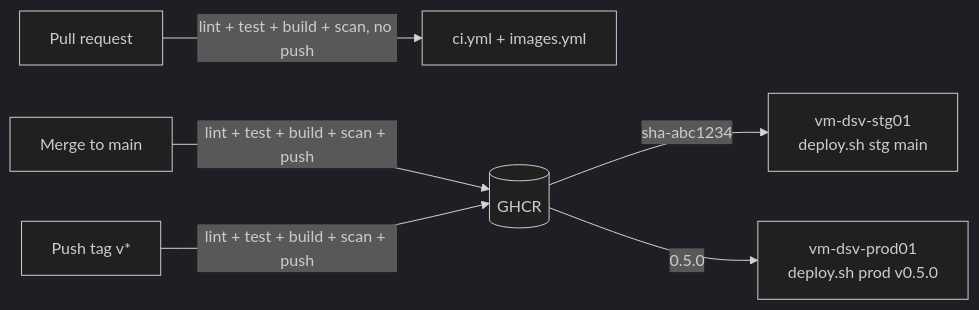
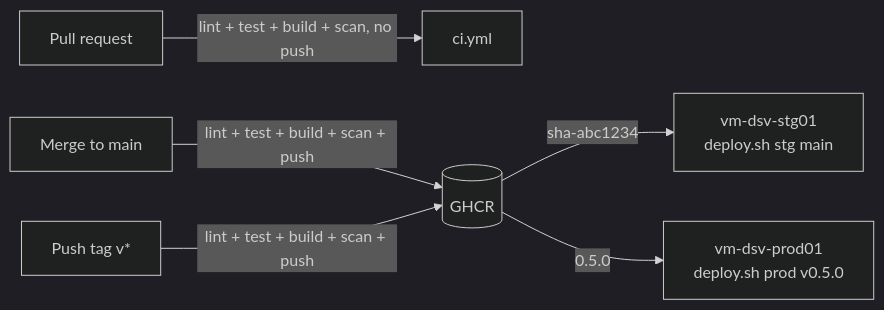
The diagram in docs/explanation/azure-vm/ci-cd.md (im-kenough/DineSafeViz), drawn with Mermaid (dark theme) before and after one commit. The commit also changed other lines of this file and 13 other files, not shown here.

First line of the commit message:
ci: merge images.yml into ci.yml and name every workflow, job, and step consistently (#292)

````diff
--- a/docs/explanation/azure-vm/ci-cd.md
+++ b/docs/explanation/azure-vm/ci-cd.md
@@ -19,8 +19,8 @@
 ```mermaid
 flowchart LR
-    pr[Pull request] -->|lint + test + build + scan, no push| ci[ci.yml + images.yml]
+    pr[Pull request] -->|lint + test + build + scan, no push| ci[ci.yml]
     main[Merge to main] -->|lint + test + build + scan + push| ghcr[(GHCR)]
     tag[Push tag v*] -->|lint + test + build + scan + push| ghcr
     ghcr -->|"sha-abc1234"| stg["vm-dsv-stg01<br/>deploy.sh stg main"]
     ghcr -->|"0.5.0"| prod["vm-dsv-prod01<br/>deploy.sh prod v0.5.0"]
 ```
````
